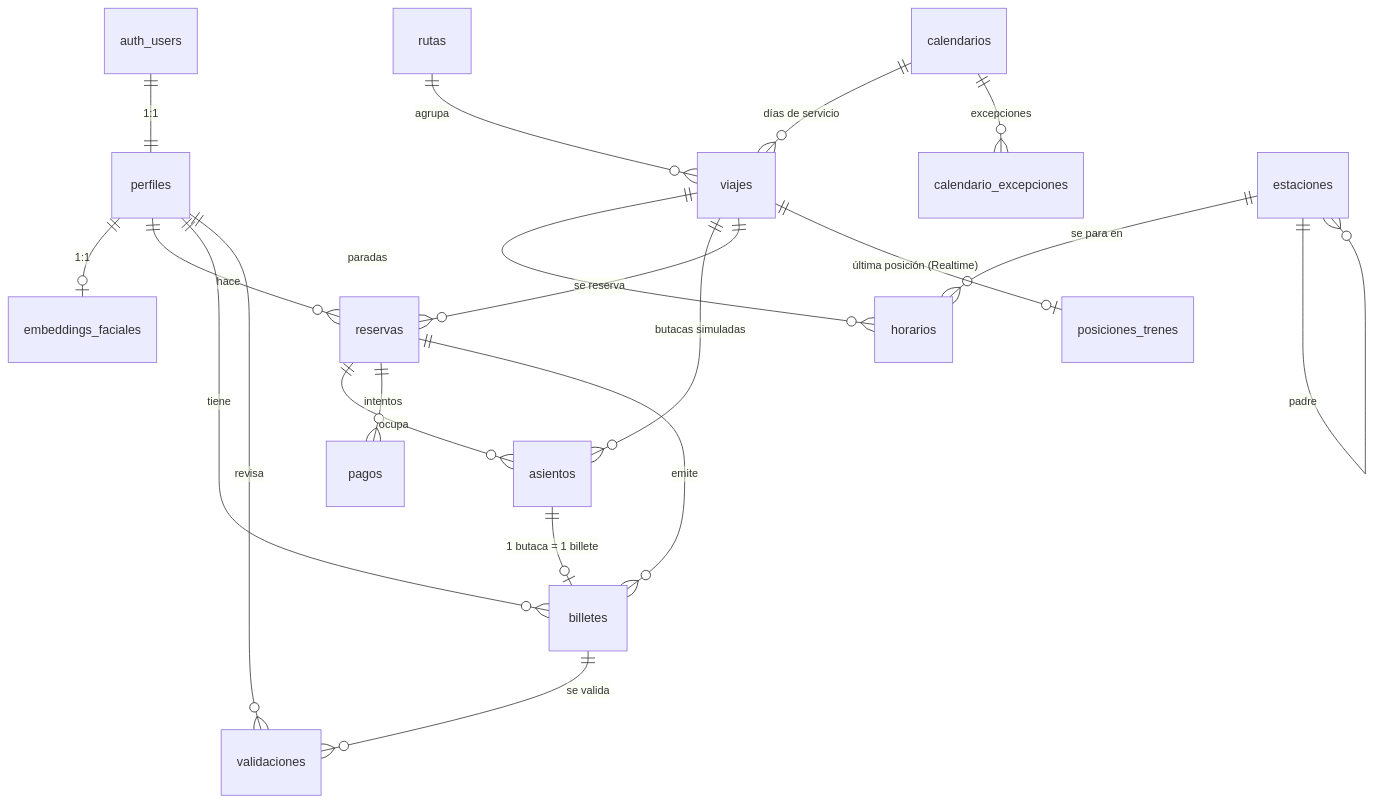
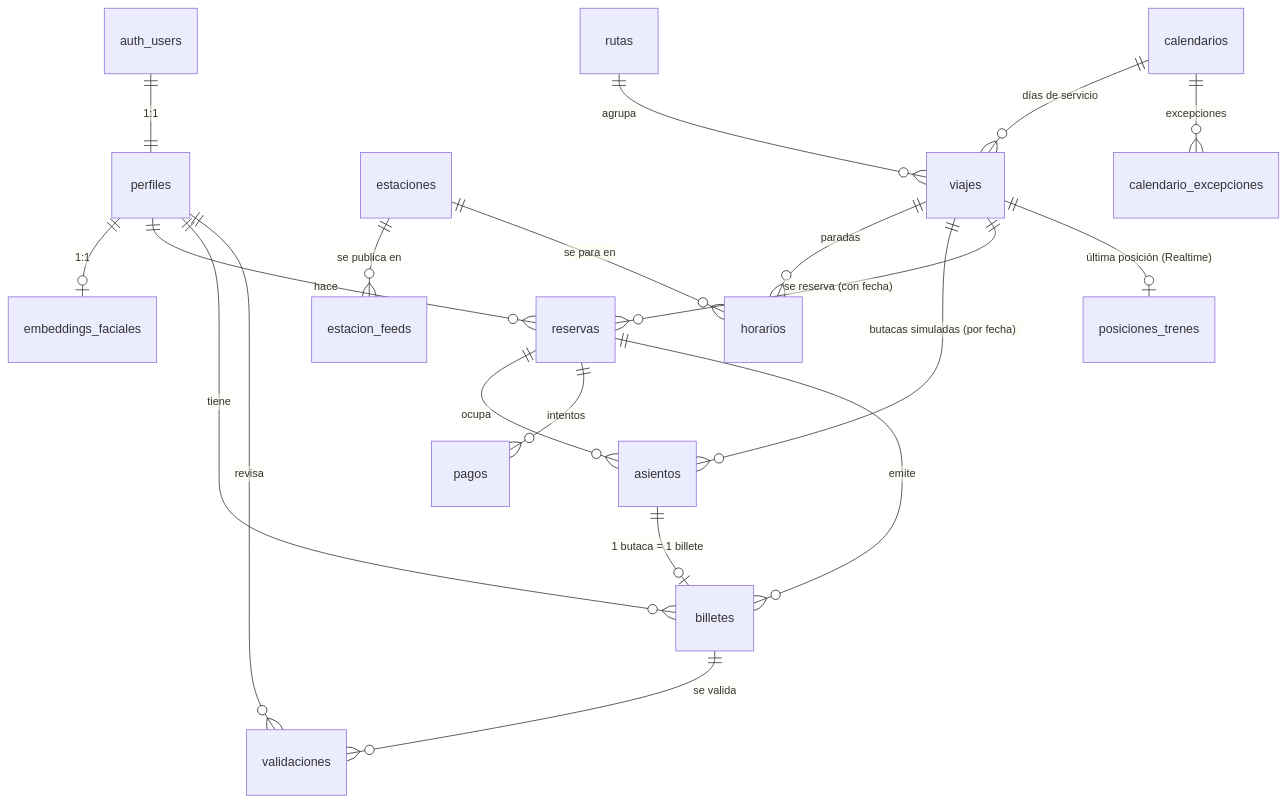
Before and after one commit to Alex-Oses/renfe-app: the diagram in obsidian/02-contratos-api/modelo-datos.md, drawn with Mermaid. The commit also changed other lines of this file and 1 other file, not shown here.

````diff
--- a/obsidian/02-contratos-api/modelo-datos.md
+++ b/obsidian/02-contratos-api/modelo-datos.md
@@ -30,25 +33,25 @@
 ```mermaid
 erDiagram
   auth_users ||--|| perfiles : "1:1"
   perfiles ||--o| embeddings_faciales : "1:1"
   perfiles ||--o{ reservas : "hace"
   perfiles ||--o{ billetes : "tiene"
   perfiles ||--o{ validaciones : "revisa"
 
+  estaciones ||--o{ estacion_feeds : "se publica en"
+  estaciones ||--o{ horarios : "se para en"
   rutas ||--o{ viajes : "agrupa"
   calendarios ||--o{ viajes : "días de servicio"
   calendarios ||--o{ calendario_excepciones : "excepciones"
   viajes ||--o{ horarios : "paradas"
-  estaciones ||--o{ horarios : "se para en"
-  estaciones ||--o{ estaciones : "padre"
 
-  viajes ||--o{ asientos : "butacas simuladas"
-  viajes ||--o{ reservas : "se reserva"
+  viajes ||--o{ asientos : "butacas simuladas (por fecha)"
+  viajes ||--o{ reservas : "se reserva (con fecha)"
   reservas ||--o{ asientos : "ocupa"
   reservas ||--o{ pagos : "intentos"
   reservas ||--o{ billetes : "emite"
   asientos ||--o| billetes : "1 butaca = 1 billete"
   billetes ||--o{ validaciones : "se valida"
 
   viajes ||--o| posiciones_trenes : "última posición (Realtime)"
 ```
````
